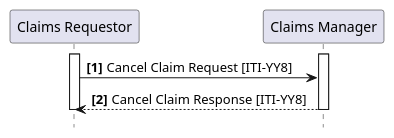
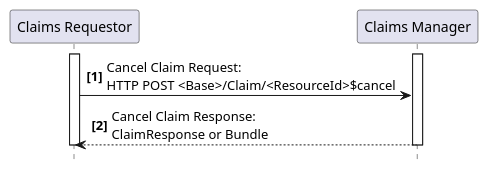
The diagram in input/images-source/ITI-YY8-seq.plantuml (IHE/ITI.Finance), drawn with PlantUML before and after one commit. The commit also changed 23 other files, not shown here.

```diff
--- a/input/images-source/ITI-YY8-seq.plantuml
+++ b/input/images-source/ITI-YY8-seq.plantuml
@@ -1,13 +1,13 @@
 @startuml
 skinparam svgDimensionStyle false
 hide footbox
 autonumber "<b>[0]"
 participant "Claims Requestor" as Req
 participant "Claims Manager" as Man
 activate Req
 activate Man
-Req -> Man : Cancel Claim Request [ITI-YY8]
-Man --> Req : Cancel Claim Response [ITI-YY8]
+Req -> Man : Cancel Claim Request:\nHTTP POST <Base>/Claim/<ResourceId>$cancel
+Man --> Req : Cancel Claim Response:\nClaimResponse or Bundle
 deactivate Man
 deactivate Req
 @enduml
```
